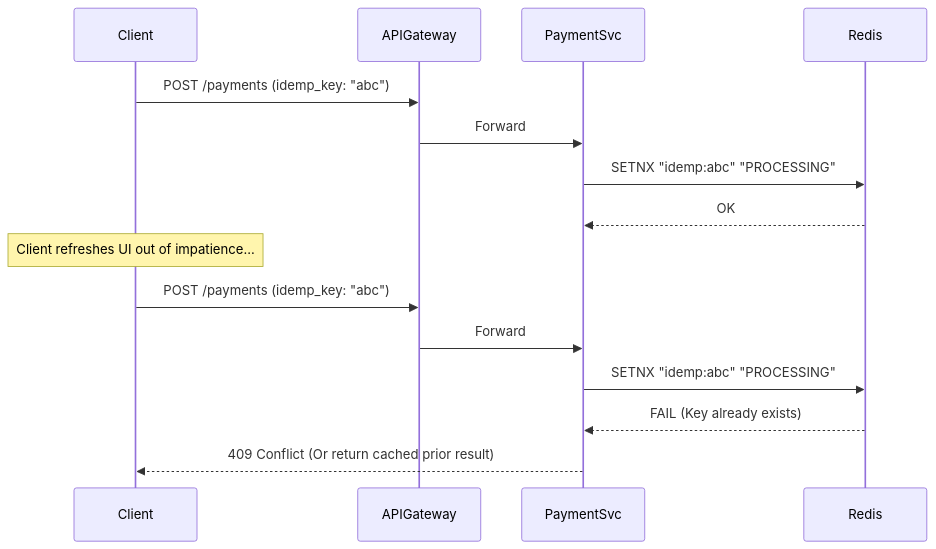
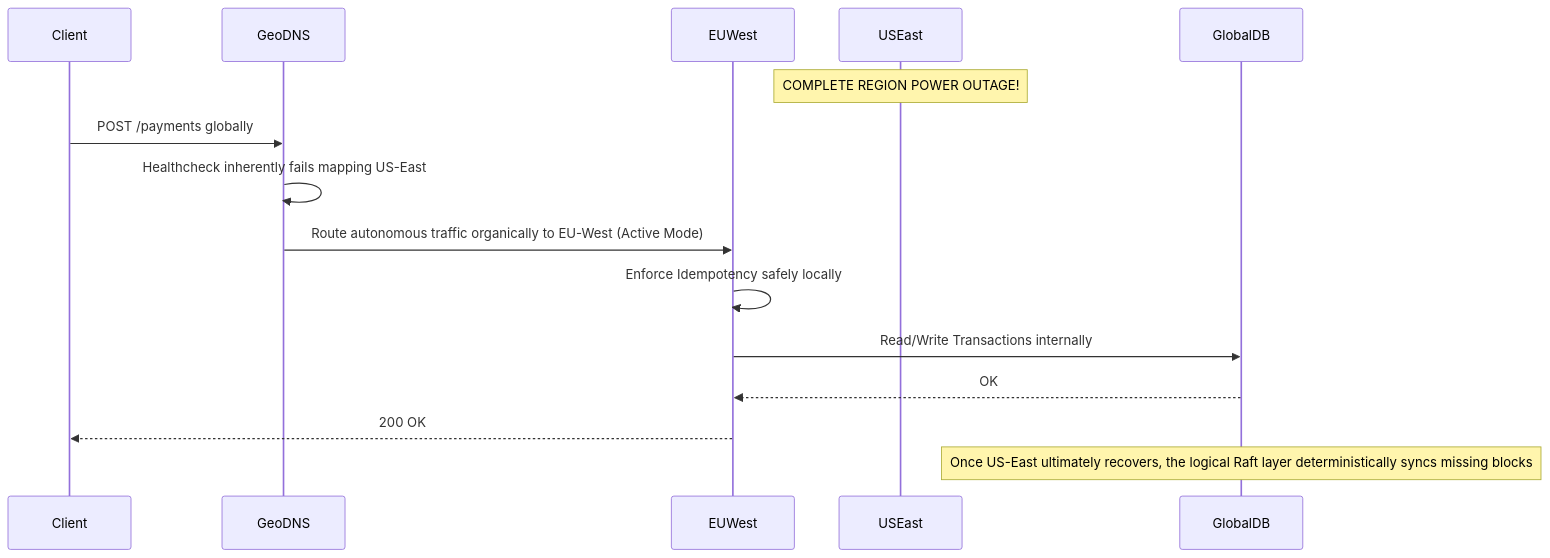
Before and after one commit to utm-git/payment-orchestration-system: the third of 3 diagrams in SYSTEM_DESIGN.md, drawn with Mermaid. The commit also changed other lines of this file, not shown here.

Commit message:
Docs: Phase 3 Global-Scale Architecture updates

````diff
--- a/SYSTEM_DESIGN.md
+++ b/SYSTEM_DESIGN.md
@@ -168,19 +80,18 @@
 ```mermaid
 sequenceDiagram
     participant Client
-    participant APIGateway
-    participant PaymentSvc
-    participant Redis
+    participant GeoDNS
+    participant EUWest
+    participant USEast
+    participant GlobalDB
 
-    Client->>APIGateway: POST /payments (idemp_key: "abc")
-    APIGateway->>PaymentSvc: Forward
-    PaymentSvc->>Redis: SETNX "idemp:abc" "PROCESSING"
-    Redis-->>PaymentSvc: OK
-    
-    Note over Client: Client refreshes UI out of impatience...
-    Client->>APIGateway: POST /payments (idemp_key: "abc")
-    APIGateway->>PaymentSvc: Forward
-    PaymentSvc->>Redis: SETNX "idemp:abc" "PROCESSING"
-    Redis-->>PaymentSvc: FAIL (Key already exists)
-    PaymentSvc-->>Client: 409 Conflict (Or return cached prior result)
+    Note over USEast: COMPLETE REGION POWER OUTAGE!
+    Client->>GeoDNS: POST /payments globally
+    GeoDNS->>GeoDNS: Healthcheck inherently fails mapping US-East
+    GeoDNS->>EUWest: Route autonomous traffic organically to EU-West (Active Mode)
+    EUWest->>EUWest: Enforce Idempotency safely locally
+    EUWest->>GlobalDB: Read/Write Transactions internally
+    GlobalDB-->>EUWest: OK
+    EUWest-->>Client: 200 OK
+    Note over GlobalDB: Once US-East ultimately recovers, the logical Raft layer deterministically syncs missing blocks
 ```
````
